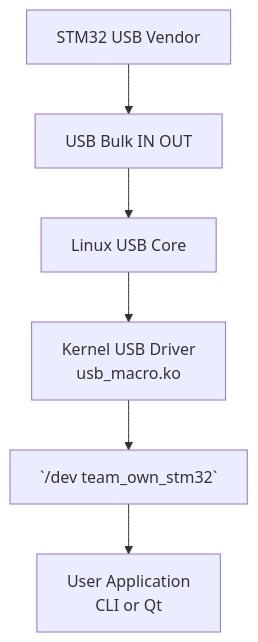
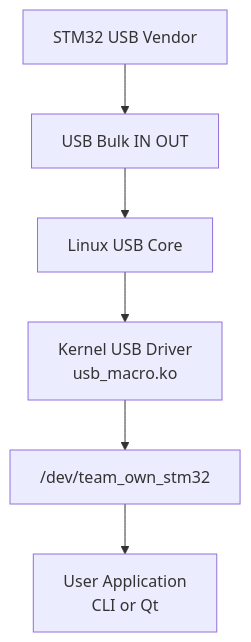
The diagram in README.md (won-jong-wan/USB-Macro), drawn with Mermaid before and after one commit.

````diff
--- a/README.md
+++ b/README.md
@@ -35,11 +35,11 @@
 ``` mermaid
 flowchart TD
     STM32[STM32 USB Vendor]
     USB[USB Bulk IN OUT]
     CORE[Linux USB Core]
     DRV[Kernel USB Driver<br/>usb_macro.ko]
-    DEV[`/dev team_own_stm32`]
+    DEV["/dev/team_own_stm32"]
     APP[User Application<br/>CLI or Qt]
 
     STM32 --> USB --> CORE --> DRV --> DEV --> APP
 ```
````
